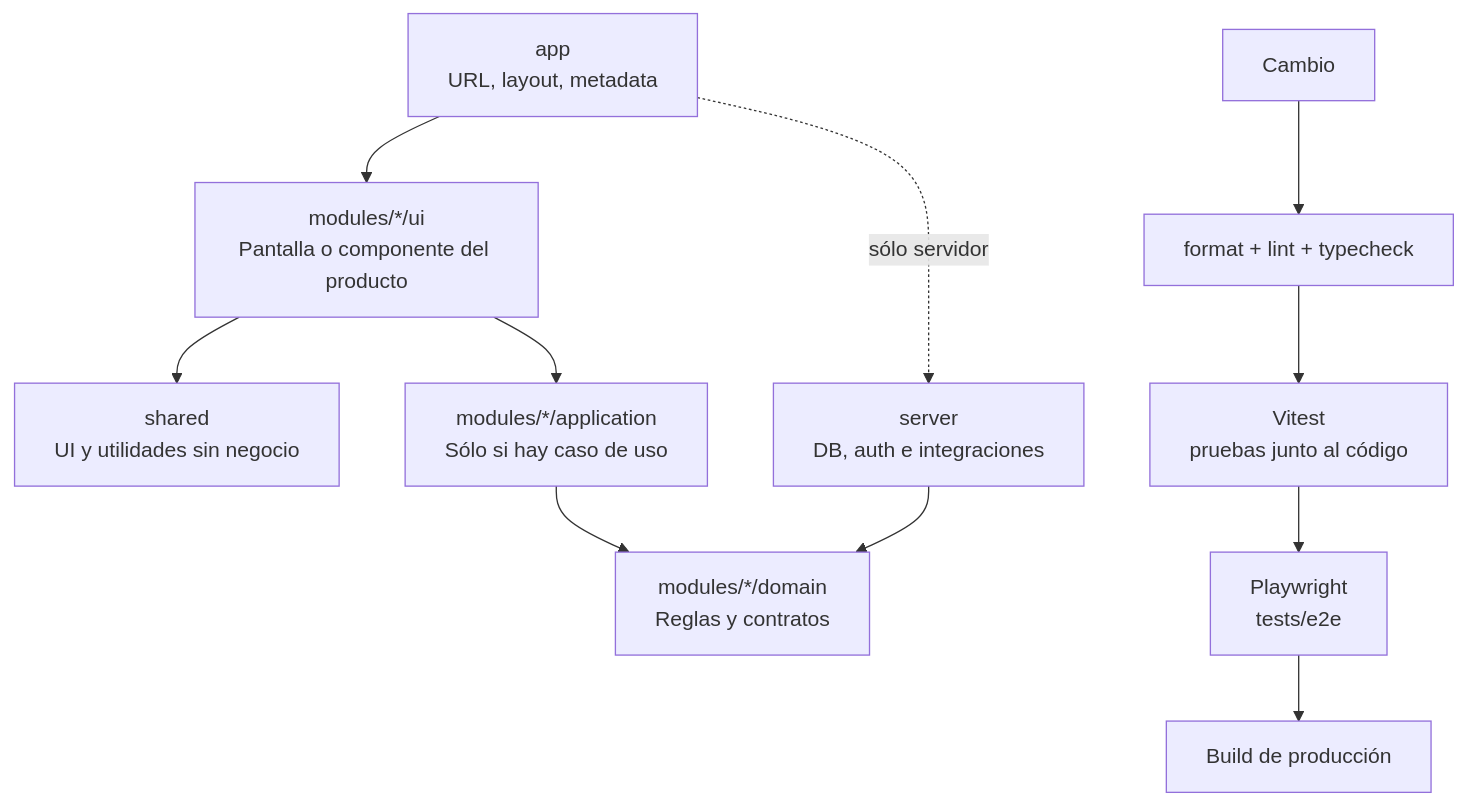
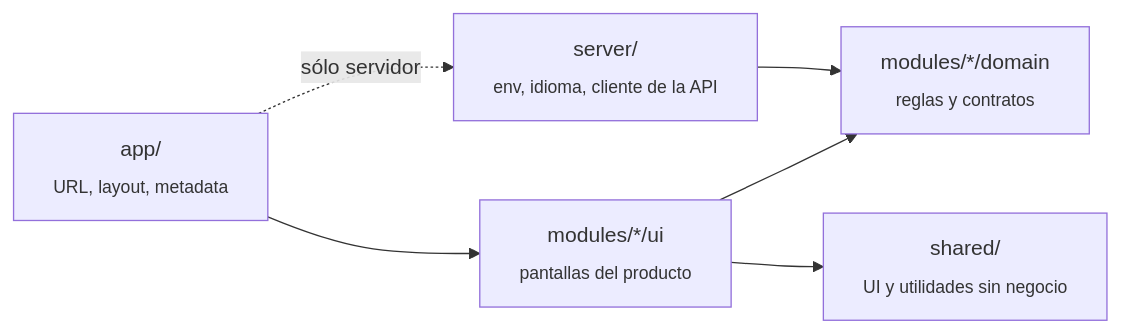
One commit to hexalis/milanko-frontend changed the diagram in docs/development.md. Above: the diagram before and after it, drawn with Mermaid. The commit also changed other lines of this file, not shown here.

````diff
--- a/docs/development.md
+++ b/docs/development.md
@@ -69,14 +91,8 @@
 ```mermaid
-flowchart TB
-  Route[app\nURL, layout, metadata] --> Screen[modules/*/ui\nPantalla o componente del producto]
-  Screen --> Shared[shared\nUI y utilidades sin negocio]
-  Screen --> UseCase[modules/*/application\nSólo si hay caso de uso]
-  UseCase --> Domain[modules/*/domain\nReglas y contratos]
-  Route -. sólo servidor .-> Server[server\nDB, auth e integraciones]
+flowchart LR
+  App["app/<br><sub>URL, layout, metadata</sub>"] --> UI["modules/*/ui<br><sub>pantallas del producto</sub>"]
+  UI --> Domain["modules/*/domain<br><sub>reglas y contratos</sub>"]
+  UI --> Shared["shared/<br><sub>UI y utilidades sin negocio</sub>"]
+  App -. sólo servidor .-> Server["server/<br><sub>env, idioma, cliente de la API</sub>"]
   Server --> Domain
-
-  Change[Cambio] --> Checks[format + lint + typecheck]
-  Checks --> Unit[Vitest\npruebas junto al código]
-  Unit --> E2E[Playwright\ntests/e2e]
-  E2E --> Build[Build de producción]
 ```
````
